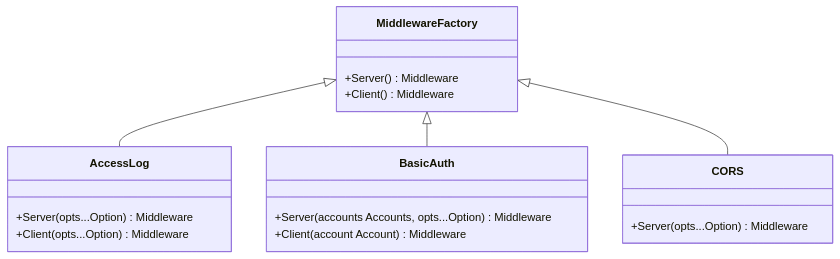
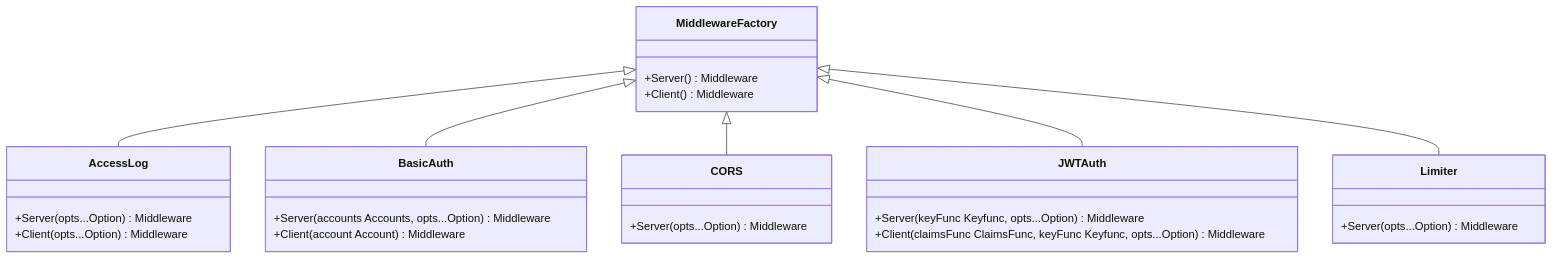
Before and after one commit to soyacen/goose: the second of 12 diagrams in .agents/repowiki/zh/content/中间件系统/中间件系统.md, drawn with Mermaid. The commit also changed other lines of this file and 11 other files, not shown here.

First line of the commit message:
feat(stream): implement WebSocket connection handlers for client, server, and bidirectional streams

````diff
--- a/.agents/repowiki/zh/content/中间件系统/中间件系统.md
+++ b/.agents/repowiki/zh/content/中间件系统/中间件系统.md
@@ -77,21 +79,30 @@
 ```mermaid
 classDiagram
 class MiddlewareFactory {
 +Server() Middleware
 +Client() Middleware
 }
 class AccessLog {
 +Server(opts...Option) Middleware
 +Client(opts...Option) Middleware
 }
 class BasicAuth {
 +Server(accounts Accounts, opts...Option) Middleware
 +Client(account Account) Middleware
 }
 class CORS {
 +Server(opts...Option) Middleware
 }
+class JWTAuth {
++Server(keyFunc Keyfunc, opts...Option) Middleware
++Client(claimsFunc ClaimsFunc, keyFunc Keyfunc, opts...Option) Middleware
+}
+class Limiter {
++Server(opts...Option) Middleware
+}
 MiddlewareFactory <|-- AccessLog
 MiddlewareFactory <|-- BasicAuth
 MiddlewareFactory <|-- CORS
+MiddlewareFactory <|-- JWTAuth
+MiddlewareFactory <|-- Limiter
 ```
````
